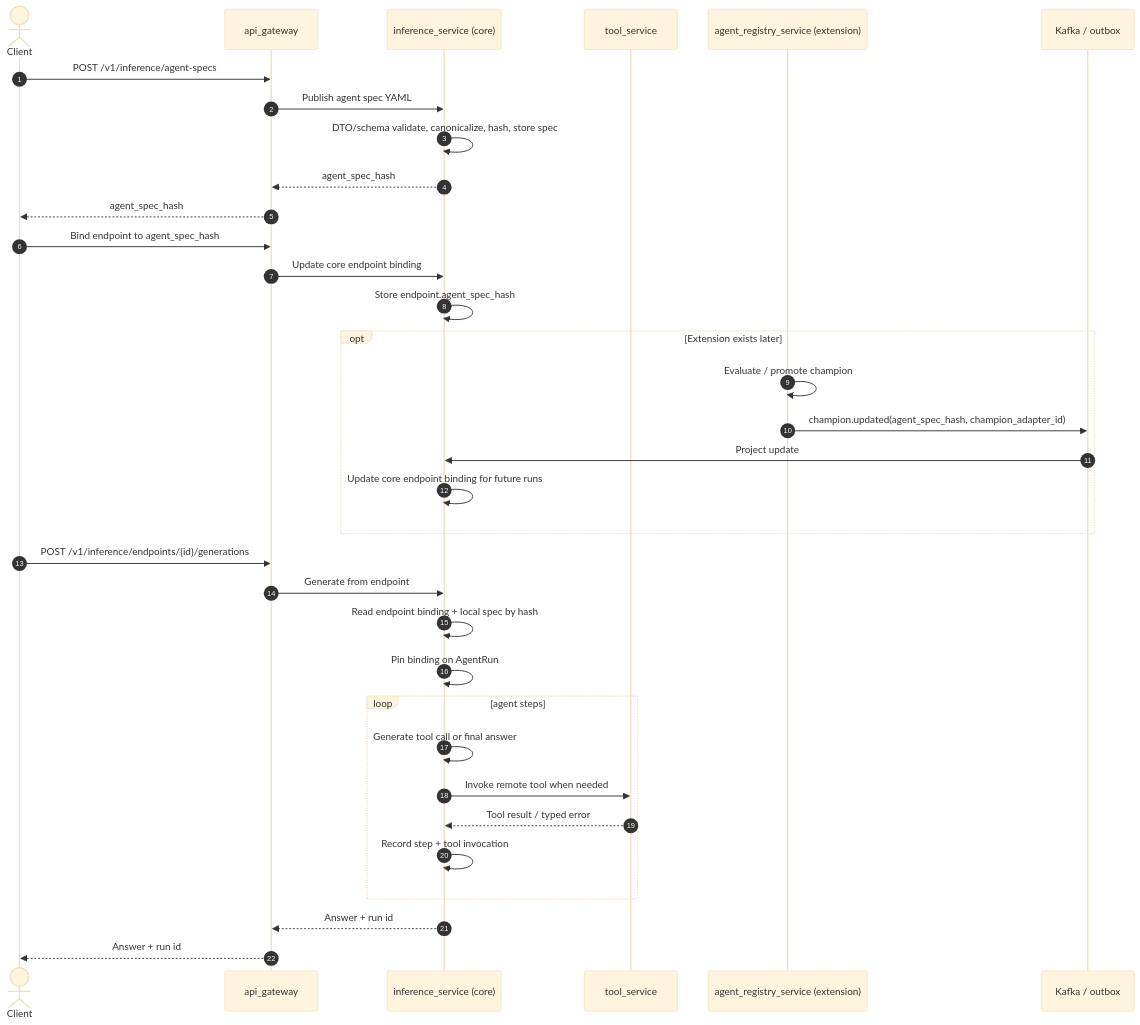
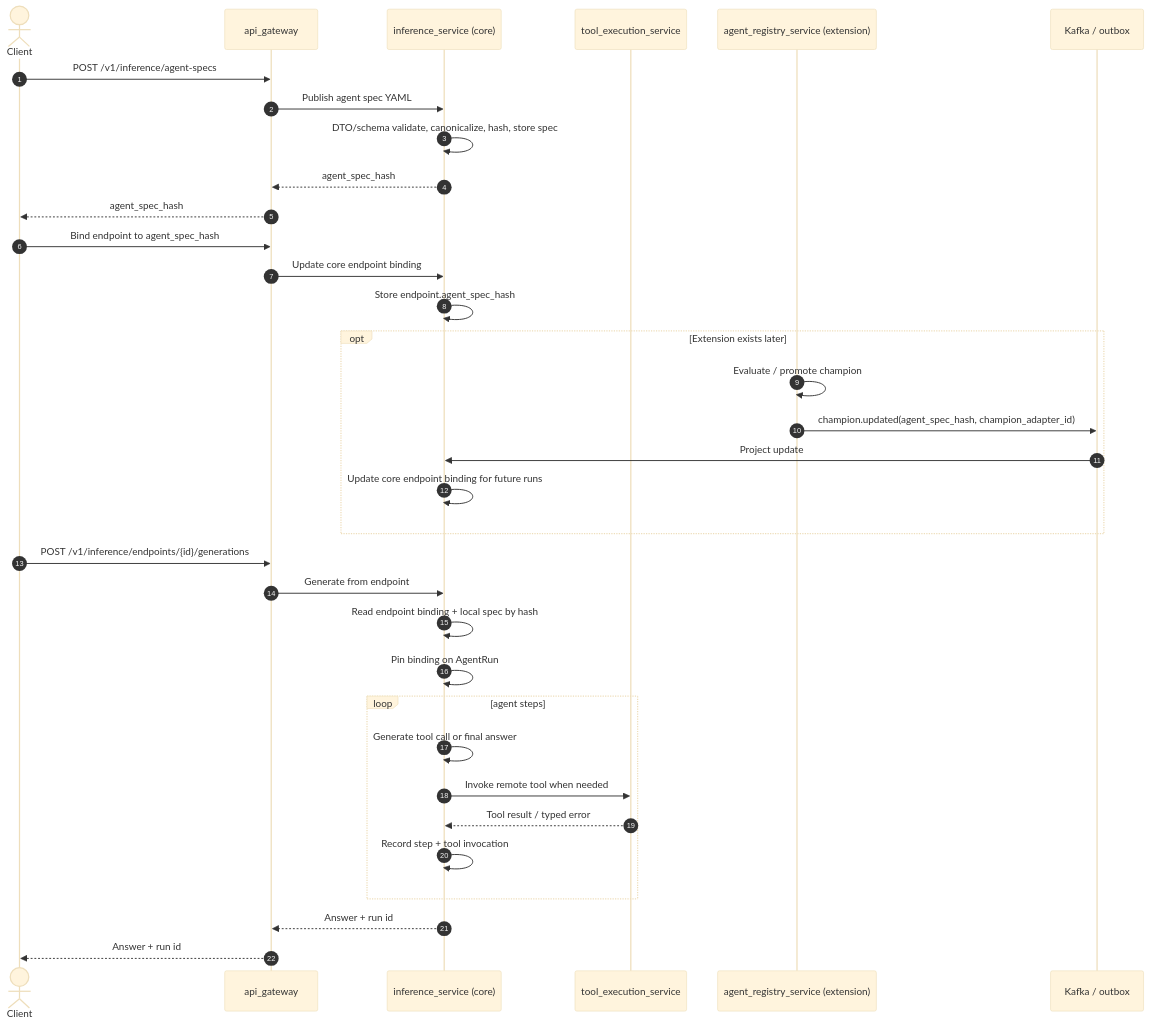
One commit to sp0x00l/bighill changed the first of 2 diagrams in docs/agent-extension-architecture.md. Above: the diagram before and after it, drawn with Mermaid (base theme). The commit also changed other lines of this file and 311 other files, not shown here.

````diff
--- a/docs/agent-extension-architecture.md
+++ b/docs/agent-extension-architecture.md
@@ -163,40 +163,40 @@
 ```mermaid
 sequenceDiagram
     autonumber
     actor Client
     participant GW as api_gateway
     participant IF as inference_service (core)
-    participant TS as tool_service
+    participant TS as tool_execution_service
     participant AR as agent_registry_service (extension)
     participant Bus as Kafka / outbox
 
     Client->>GW: POST /v1/inference/agent-specs
     GW->>IF: Publish agent spec YAML
     IF->>IF: DTO/schema validate, canonicalize, hash, store spec
     IF-->>GW: agent_spec_hash
     GW-->>Client: agent_spec_hash
 
     Client->>GW: Bind endpoint to agent_spec_hash
     GW->>IF: Update core endpoint binding
     IF->>IF: Store endpoint.agent_spec_hash
 
     opt Extension exists later
         AR->>AR: Evaluate / promote champion
         AR->>Bus: champion.updated(agent_spec_hash, champion_adapter_id)
         Bus->>IF: Project update
         IF->>IF: Update core endpoint binding for future runs
     end
 
     Client->>GW: POST /v1/inference/endpoints/{id}/generations
     GW->>IF: Generate from endpoint
     IF->>IF: Read endpoint binding + local spec by hash
     IF->>IF: Pin binding on AgentRun
     loop agent steps
         IF->>IF: Generate tool call or final answer
         IF->>TS: Invoke remote tool when needed
         TS-->>IF: Tool result / typed error
         IF->>IF: Record step + tool invocation
     end
     IF-->>GW: Answer + run id
     GW-->>Client: Answer + run id
 ```
````
